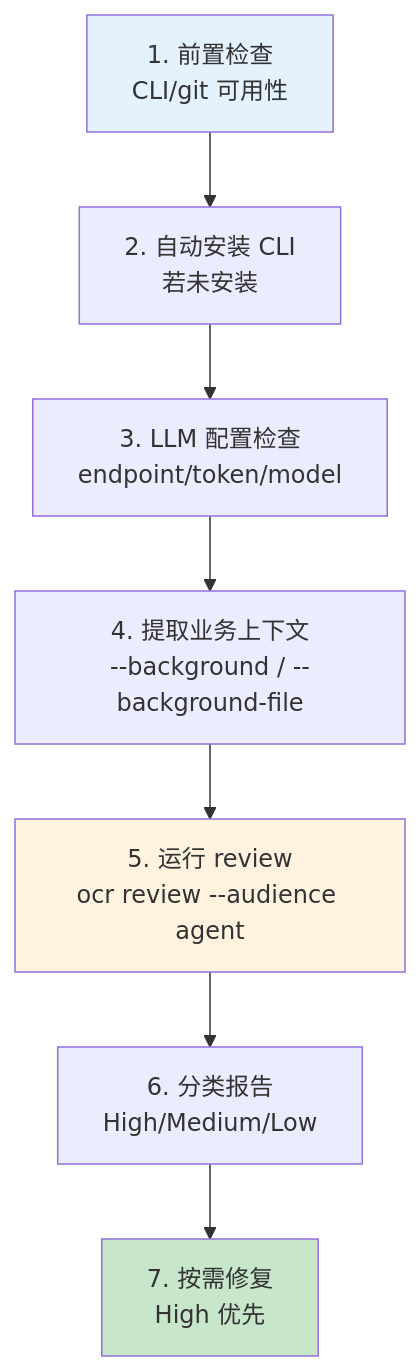
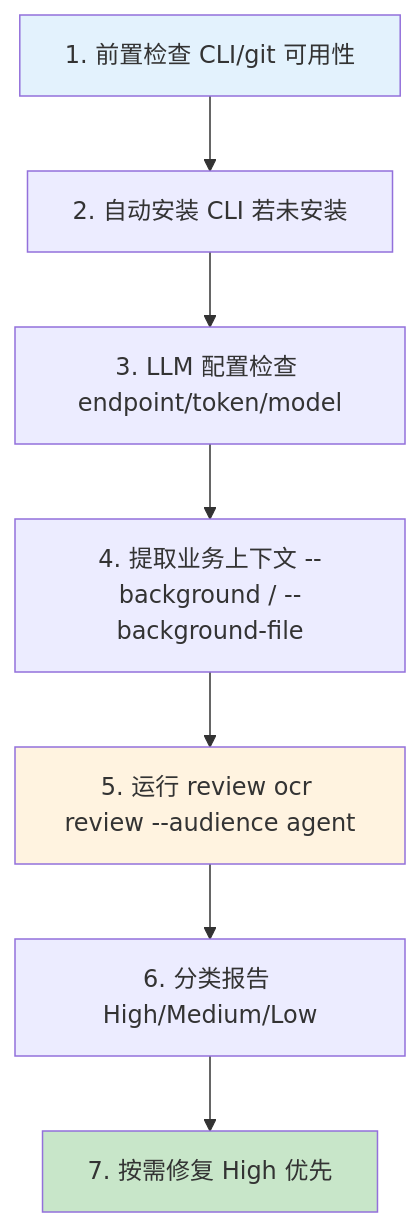
The fourth of 7 diagrams in doc/bundles/jishu/ai/products/open-code-review/concepts/06-integrations.md (awesome-flexloop/awesome-okf), drawn with Mermaid before and after one commit. The commit also changed other lines of this file and 10 other files, not shown here.

First line of the commit message:
docs(bundle): 清偿 Open Code Review 存量 Mermaid 违规避免规范漂移累积

````diff
--- a/doc/bundles/jishu/ai/products/open-code-review/concepts/06-integrations.md
+++ b/doc/bundles/jishu/ai/products/open-code-review/concepts/06-integrations.md
@@ -348,13 +339,12 @@
 ```mermaid
 flowchart TD
-    S1["1. 前置检查<br/>CLI/git 可用性"] --> S2["2. 自动安装 CLI<br/>若未安装"]
-    S2 --> S3["3. LLM 配置检查<br/>endpoint/token/model"]
-    S3 --> S4["4. 提取业务上下文<br/>--background / --background-file"]
-    S4 --> S5["5. 运行 review<br/>ocr review --audience agent"]
-    S5 --> S6["6. 分类报告<br/>High/Medium/Low"]
-    S6 --> S7["7. 按需修复<br/>High 优先"]
-
+    S1["1. 前置检查 CLI/git 可用性"] --> S2["2. 自动安装 CLI 若未安装"]
+    S2 --> S3["3. LLM 配置检查 endpoint/token/model"]
+    S3 --> S4["4. 提取业务上下文 --background / --background-file"]
+    S4 --> S5["5. 运行 review ocr review --audience agent"]
+    S5 --> S6["6. 分类报告 High/Medium/Low"]
+    S6 --> S7["7. 按需修复 High 优先"]
     style S1 fill:#e3f2fd
     style S5 fill:#fff3e0
     style S7 fill:#c8e6c9
 ```
````
